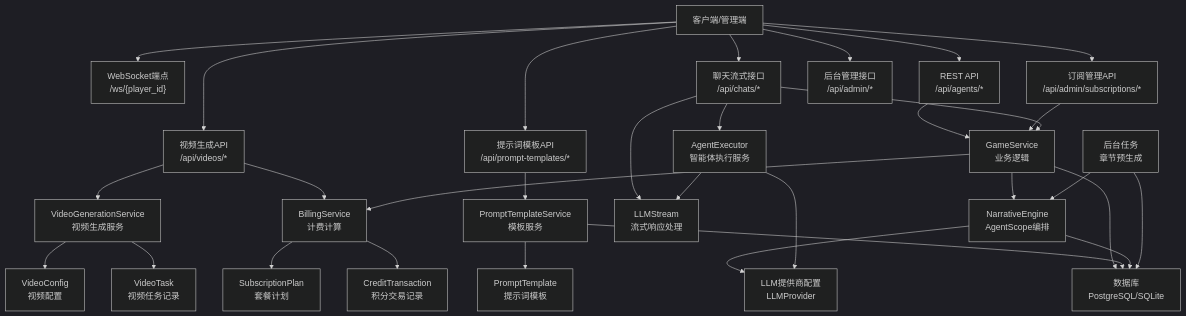
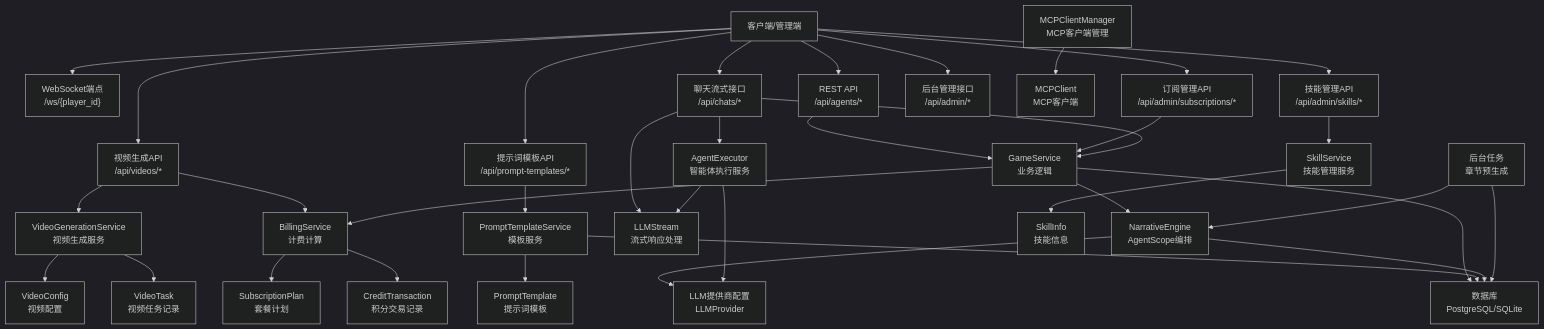
The second of 22 diagrams in .qoder/repowiki/zh/content/后端开发指南/API路由系统/智能体管理API.md (KunLabAI/KunFlix), drawn with Mermaid (dark theme) before and after one commit. The commit also changed other lines of this file and 43 other files, not shown here.

````diff
--- a/.qoder/repowiki/zh/content/后端开发指南/API路由系统/智能体管理API.md
+++ b/.qoder/repowiki/zh/content/后端开发指南/API路由系统/智能体管理API.md
@@ -171,56 +197,65 @@
 ```mermaid
 graph TB
 CLIENT["客户端/管理端"]
 WS["WebSocket端点<br/>/ws/{player_id}"]
 API["REST API<br/>/api/agents/*"]
 SUBAPI["订阅管理API<br/>/api/admin/subscriptions/*"]
 PROMPTAPI["提示词模板API<br/>/api/prompt-templates/*"]
 CHAT["聊天流式接口<br/>/api/chats/*"]
 VIDEOAPI["视频生成API<br/>/api/videos/*"]
+SKILLSAPI["技能管理API<br/>/api/admin/skills/*"]
 ADMIN["后台管理接口<br/>/api/admin/*"]
 SERVICE["GameService<br/>业务逻辑"]
 BILLINGSVC["BillingService<br/>计费计算"]
 PROMPTSVR["PromptTemplateService<br/>模板服务"]
 AGENTEXEC["AgentExecutor<br/>智能体执行服务"]
 VIDEOGEN["VideoGenerationService<br/>视频生成服务"]
+SKILLSSVC["SkillService<br/>技能管理服务"]
+MCPMANAGER["MCPClientManager<br/>MCP客户端管理"]
 LLMSTREAM["LLMStream<br/>流式响应处理"]
 AGENG["NarrativeEngine<br/>AgentScope编排"]
 DB["数据库<br/>PostgreSQL/SQLite"]
 PROVIDER["LLM提供商配置<br/>LLMProvider"]
 TASK["后台任务<br/>章节预生成"]
 CT["CreditTransaction<br/>积分交易记录"]
 SP["SubscriptionPlan<br/>套餐计划"]
 PT["PromptTemplate<br/>提示词模板"]
 VT["VideoTask<br/>视频任务记录"]
 VC["VideoConfig<br/>视频配置"]
+SK["SkillInfo<br/>技能信息"]
+MCP["MCPClient<br/>MCP客户端"]
 CLIENT --> WS
 CLIENT --> API
 CLIENT --> SUBAPI
 CLIENT --> PROMPTAPI
 CLIENT --> CHAT
 CLIENT --> VIDEOAPI
+CLIENT --> SKILLSAPI
 CLIENT --> ADMIN
 API --> SERVICE
 SUBAPI --> SERVICE
 PROMPTAPI --> PROMPTSVR
 CHAT --> SERVICE
 CHAT --> AGENTEXEC
 CHAT --> LLMSTREAM
 VIDEOAPI --> VIDEOGEN
 VIDEOAPI --> BILLINGSVC
+SKILLSAPI --> SKILLSSVC
 SERVICE --> AGENG
 SERVICE --> BILLINGSVC
 SERVICE --> DB
 PROMPTSVR --> PT
 PROMPTSVR --> DB
 BILLINGSVC --> CT
 BILLINGSVC --> SP
 VIDEOGEN --> VT
 VIDEOGEN --> VC
+SKILLSSVC --> SK
+MCPMANAGER --> MCP
 AGENG --> PROVIDER
 AGENG --> DB
 AGENTEXEC --> PROVIDER
 AGENTEXEC --> LLMSTREAM
 TASK --> AGENG
 TASK --> DB
 ```
````
